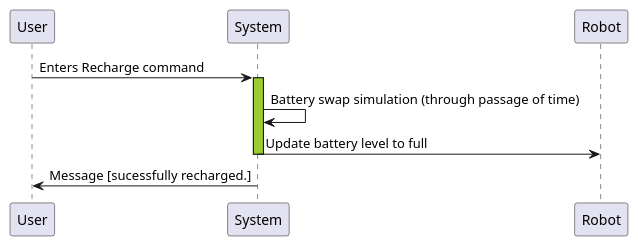
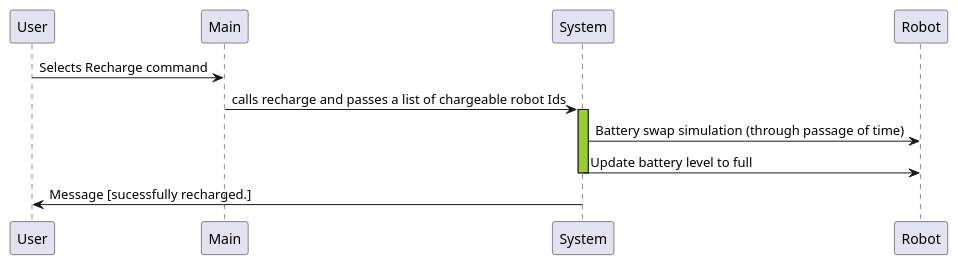
One commit to arisk02/robot-fleet-management-system changed the diagram in docs/design/sequence_diagrams/recharge.puml. Above: the diagram before and after it, drawn with PlantUML.

```diff
--- a/docs/design/sequence_diagrams/recharge.puml
+++ b/docs/design/sequence_diagrams/recharge.puml
@@ -1,10 +1,11 @@
 @startuml
 
-User -> System: Enters Recharge command
+User -> Main: Selects Recharge command
+Main -> System: calls recharge and passes a list of chargeable robot Ids 
 activate System #YellowGreen
-System-> System: Battery swap simulation (through passage of time)
+System-> Robot: Battery swap simulation (through passage of time)
 System -> Robot: Update battery level to full
 deactivate
 System -> User: Message [sucessfully recharged.]
 
 @enduml
```
